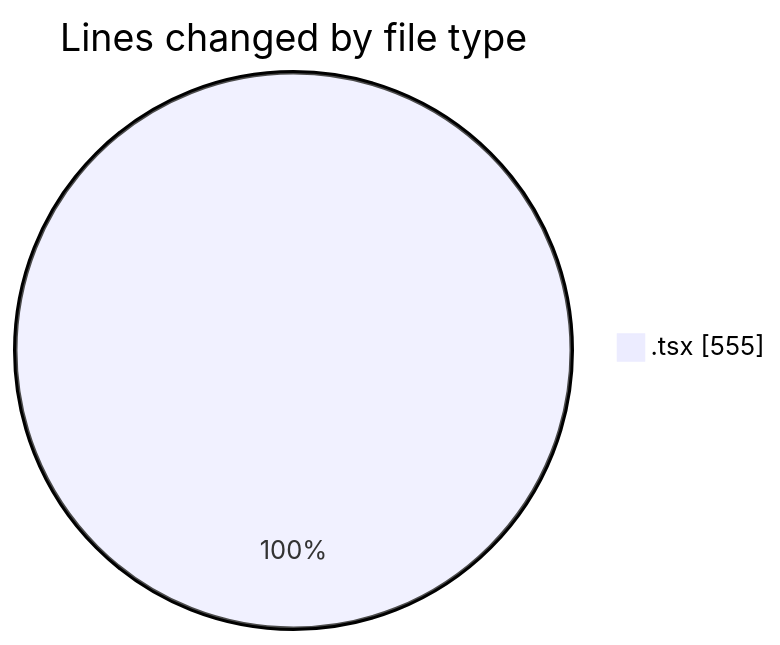
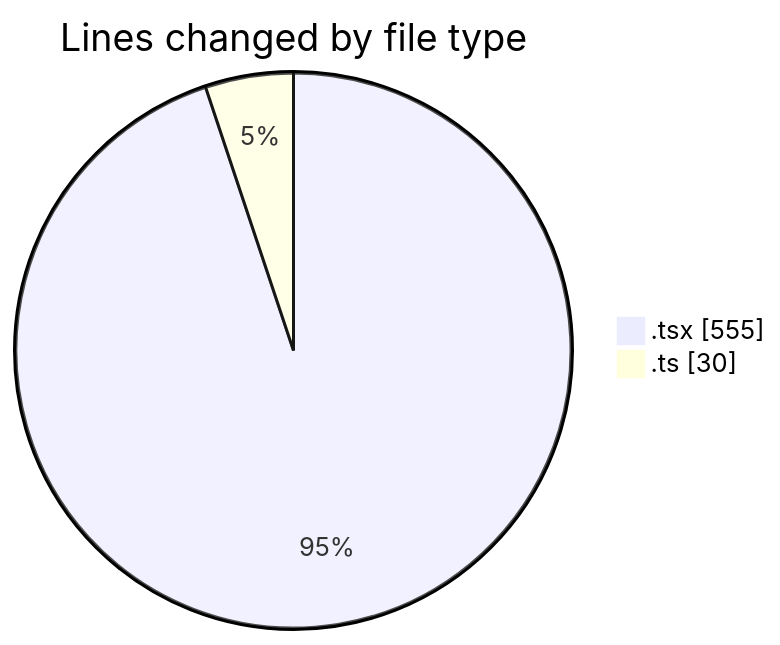
One commit to robertbonfada/code-tracking changed the first of 2 diagrams in 2025-01-17/nre-mbc-frontend/README.md. Above: the diagram before and after it, drawn with Mermaid. The commit also changed other lines of this file and 2 other files, not shown here.

````diff
--- a/2025-01-17/nre-mbc-frontend/README.md
+++ b/2025-01-17/nre-mbc-frontend/README.md
@@ -20,5 +21,6 @@
 ```mermaid
 pie showData
 title Lines changed by file type
 ".tsx" : 555
+".ts" : 30
 ```
````
